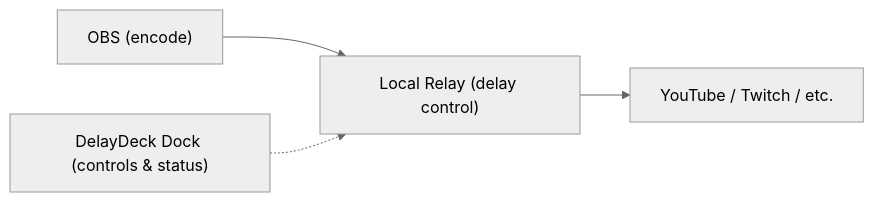
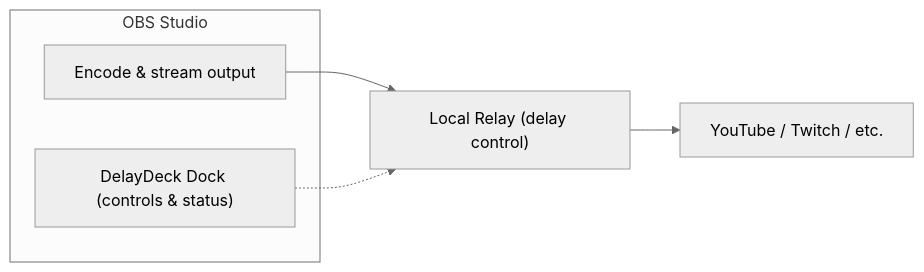
One commit to KatoJunta/DelayDeck changed the diagram in README.en.md. Above: the diagram before and after it, drawn with Mermaid (neutral theme). The commit also changed 1 other file, not shown here.

Commit message:
READMEのフローチャートを更新し、OBS Studioの構成要素を明確化。全体の可読性を向上。

````diff
--- a/README.en.md
+++ b/README.en.md
@@ -59,6 +59,10 @@
 ```mermaid
 flowchart LR
-  OBS["OBS (encode)"] --> Relay["Local Relay (delay control)"]
+  subgraph OBS["OBS Studio"]
+    Encode["Encode & stream output"]
+    Dock["DelayDeck Dock (controls & status)"]
+  end
+  Encode --> Relay["Local Relay (delay control)"]
   Relay --> Platform["YouTube / Twitch / etc."]
-  Dock["DelayDeck Dock (controls & status)"] -.-> Relay
+  Dock -.-> Relay
 ```
````
